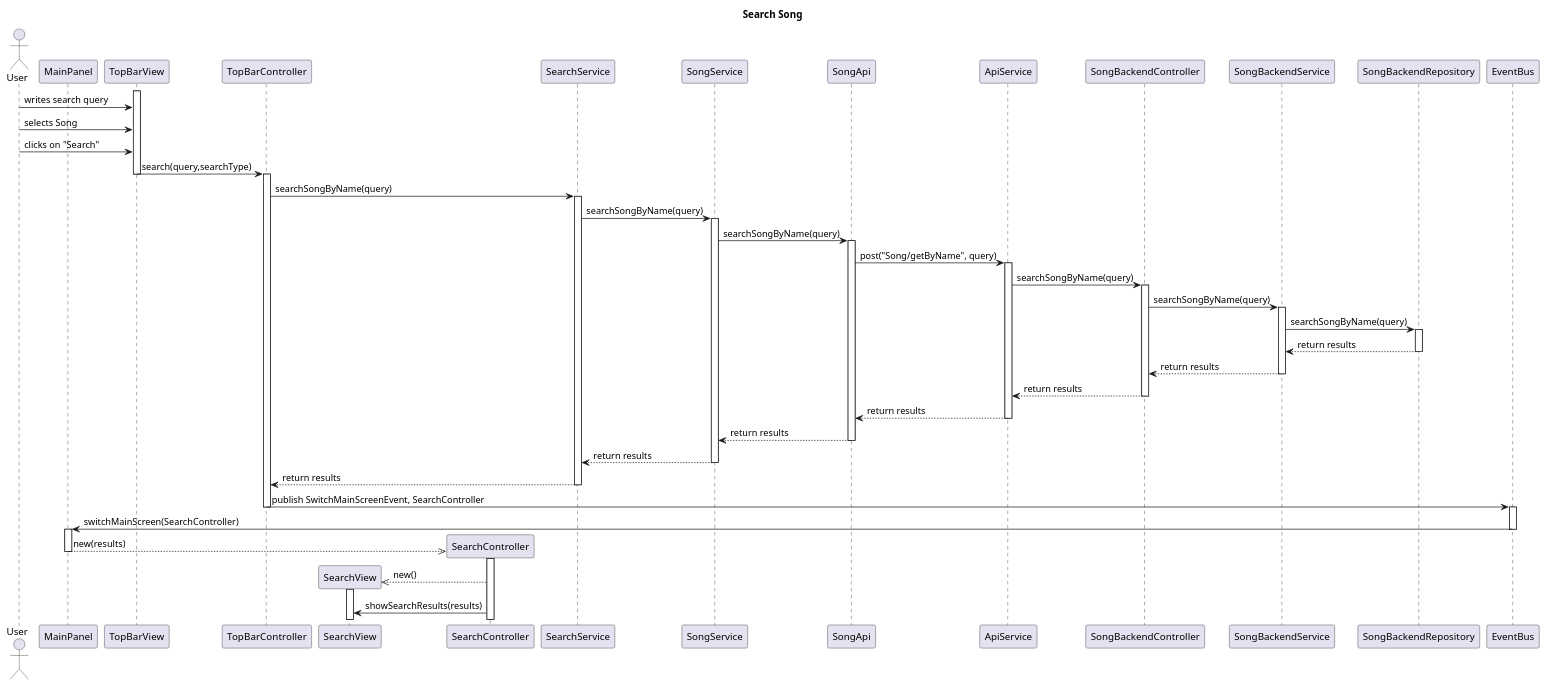
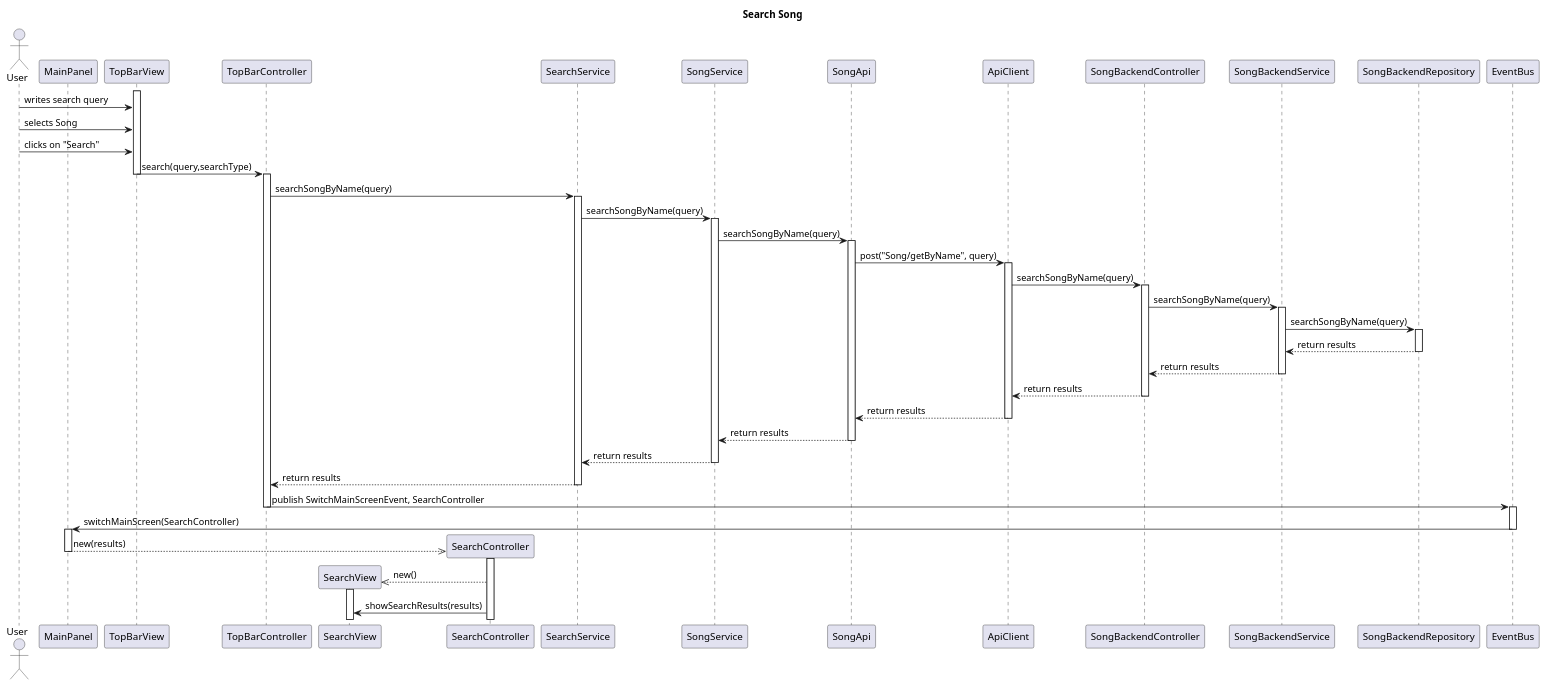
One commit to RubenKingCP/Tunix changed the diagram in Paradoteo_4/SequenceDiagrams-v0.3/SearchSong.puml. Above: the diagram before and after it, drawn with PlantUML. The commit also changed 40 other files, not shown here.

```diff
--- a/Paradoteo_4/SequenceDiagrams-v0.3/SearchSong.puml
+++ b/Paradoteo_4/SequenceDiagrams-v0.3/SearchSong.puml
@@ -1,73 +1,73 @@
 @startuml SearchSong
 
 title Search Song
 
 actor User
 
 participant MainPanel
 participant TopBarView
 participant TopBarController
 participant SearchView
 participant SearchController
 participant SearchService
 participant SongService
 participant SongApi
-participant ApiService
+participant ApiClient
 participant SongBackendController
 participant SongBackendService
 participant SongBackendRepository
 
 
 participant EventBus
 
 activate TopBarView
 User -> TopBarView : writes search query
 User -> TopBarView : selects Song
 User -> TopBarView : clicks on "Search"
 TopBarView -> TopBarController : search(query,searchType)
 deactivate TopBarView
 activate TopBarController
 TopBarController -> SearchService : searchSongByName(query)
 activate SearchService
 SearchService -> SongService : searchSongByName(query)
 activate SongService
 SongService -> SongApi : searchSongByName(query)
 activate SongApi
-SongApi -> ApiService : post("Song/getByName", query)
-activate ApiService
-ApiService -> SongBackendController : searchSongByName(query)
+SongApi -> ApiClient : post("Song/getByName", query)
+activate ApiClient
+ApiClient -> SongBackendController : searchSongByName(query)
 activate SongBackendController
 SongBackendController -> SongBackendService : searchSongByName(query)
 activate SongBackendService
 SongBackendService -> SongBackendRepository : searchSongByName(query)
 activate SongBackendRepository
 SongBackendRepository --> SongBackendService : return results
 deactivate SongBackendRepository
 SongBackendService --> SongBackendController : return results
 deactivate SongBackendService
-SongBackendController --> ApiService : return results
+SongBackendController --> ApiClient : return results
 deactivate SongBackendController
-ApiService --> SongApi : return results
-deactivate ApiService
+ApiClient --> SongApi : return results
+deactivate ApiClient
 SongApi --> SongService : return results
 deactivate SongApi
 SongService --> SearchService : return results
 deactivate SongService
 SearchService --> TopBarController : return results
 deactivate SearchService
 TopBarController -> EventBus : publish SwitchMainScreenEvent, SearchController
 deactivate TopBarController
 activate EventBus
 EventBus -> MainPanel : switchMainScreen(SearchController)
 deactivate EventBus
 activate MainPanel
 create SearchController
 MainPanel -->> SearchController : new(results)
 deactivate MainPanel
 activate SearchController
 create SearchView
 SearchController -->> SearchView : new()
 activate SearchView
 SearchController -> SearchView : showSearchResults(results)
 
 @enduml
```
